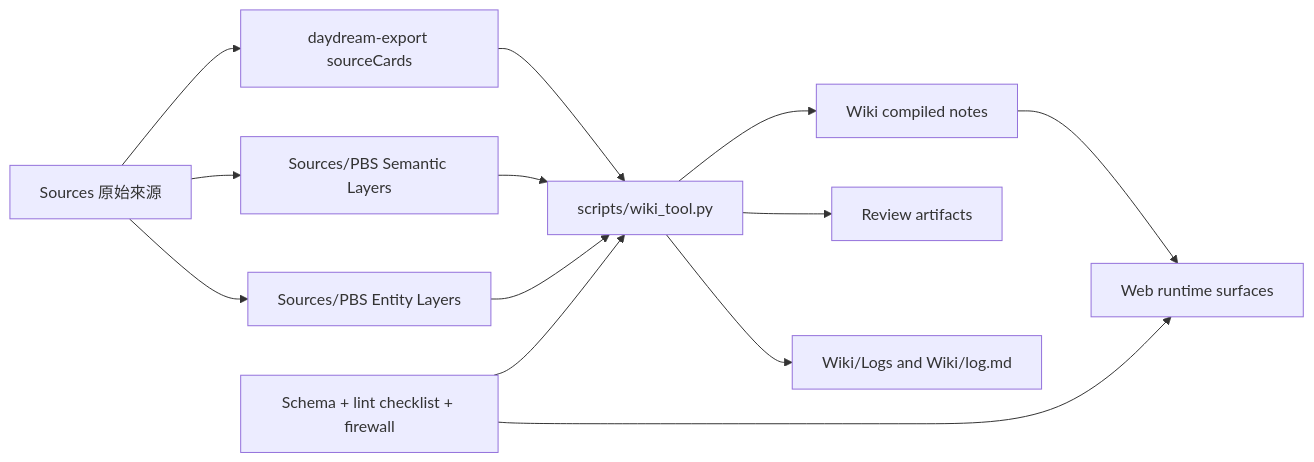
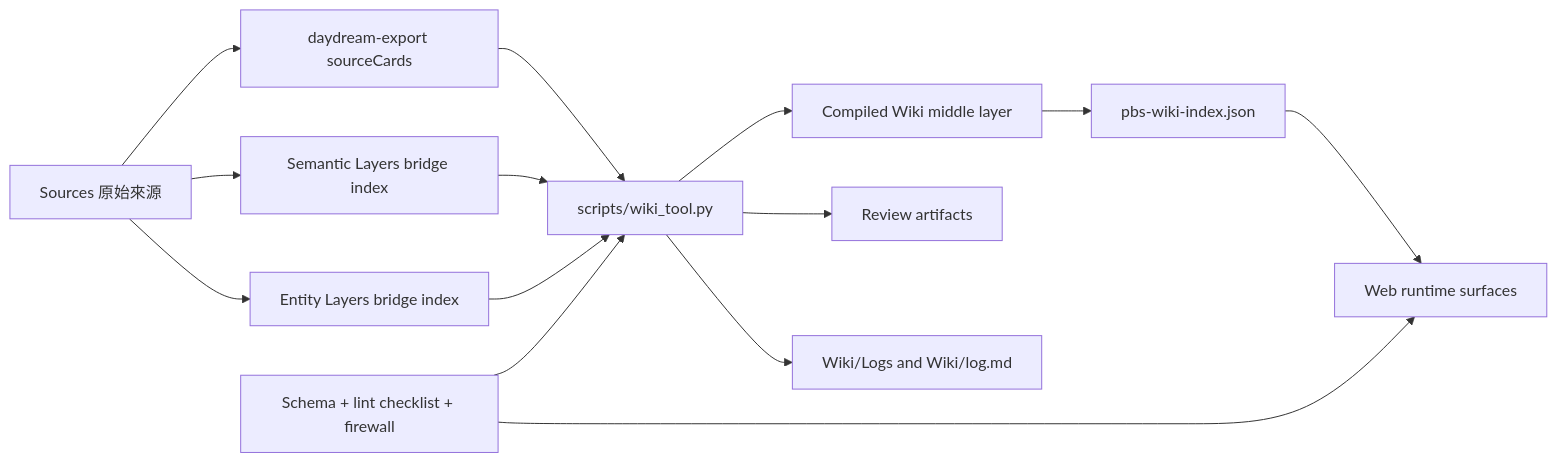
The first of 4 diagrams in obsidian-vault/PBS Runtime Architecture.md (weiweiweiopen/peach-blossom-spring), drawn with Mermaid before and after one commit. The commit also changed other lines of this file and 26 other files, not shown here.

Commit message:
Thicken compiled wiki middle layer

````diff
--- a/obsidian-vault/PBS Runtime Architecture.md
+++ b/obsidian-vault/PBS Runtime Architecture.md
@@ -24,15 +24,16 @@
 ```mermaid
 graph LR
   Sources[Sources 原始來源] --> Cards[daydream-export sourceCards]
-  Sources --> Semantic[Sources/PBS Semantic Layers]
-  Sources --> Entity[Sources/PBS Entity Layers]
+  Sources --> Semantic[Semantic Layers bridge index]
+  Sources --> Entity[Entity Layers bridge index]
   Cards --> Tool[scripts/wiki_tool.py]
   Semantic --> Tool
   Entity --> Tool
-  Tool --> Wiki[Wiki compiled notes]
+  Tool --> Wiki[Compiled Wiki middle layer]
   Tool --> Review[Review artifacts]
   Tool --> Logs[Wiki/Logs and Wiki/log.md]
-  Wiki --> Runtime[Web runtime surfaces]
+  Wiki --> Index[pbs-wiki-index.json]
+  Index --> Runtime[Web runtime surfaces]
   Schema[Schema + lint checklist + firewall] --> Tool
   Schema --> Runtime
 ```
````
